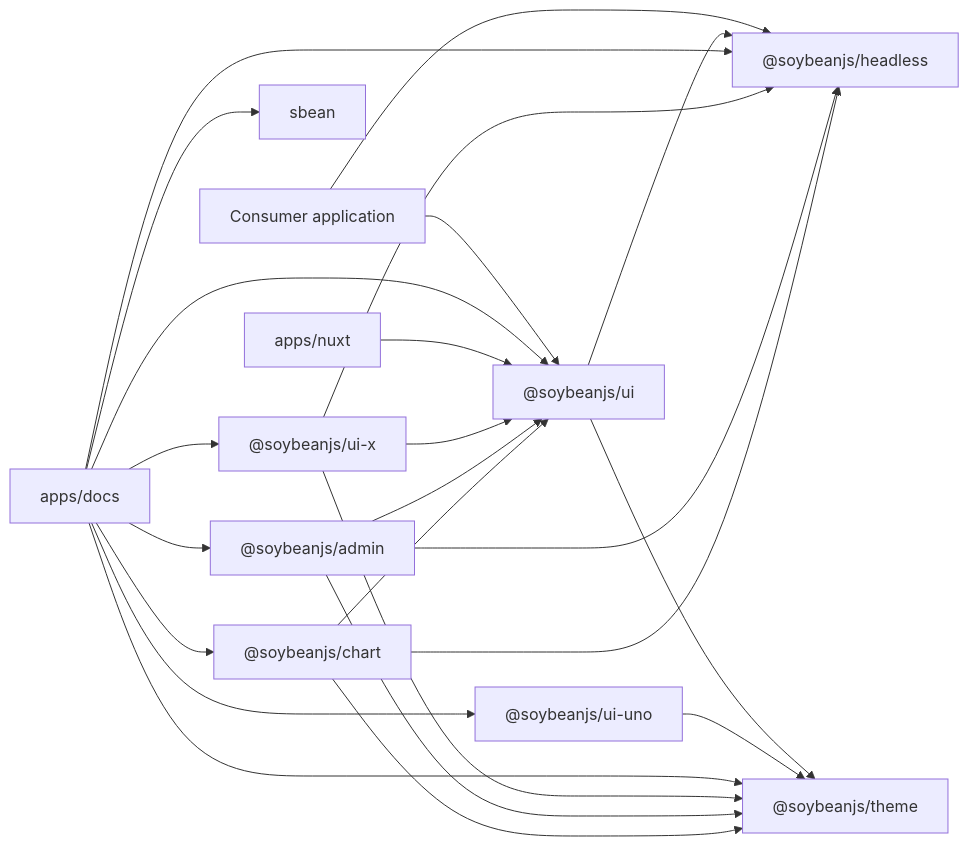
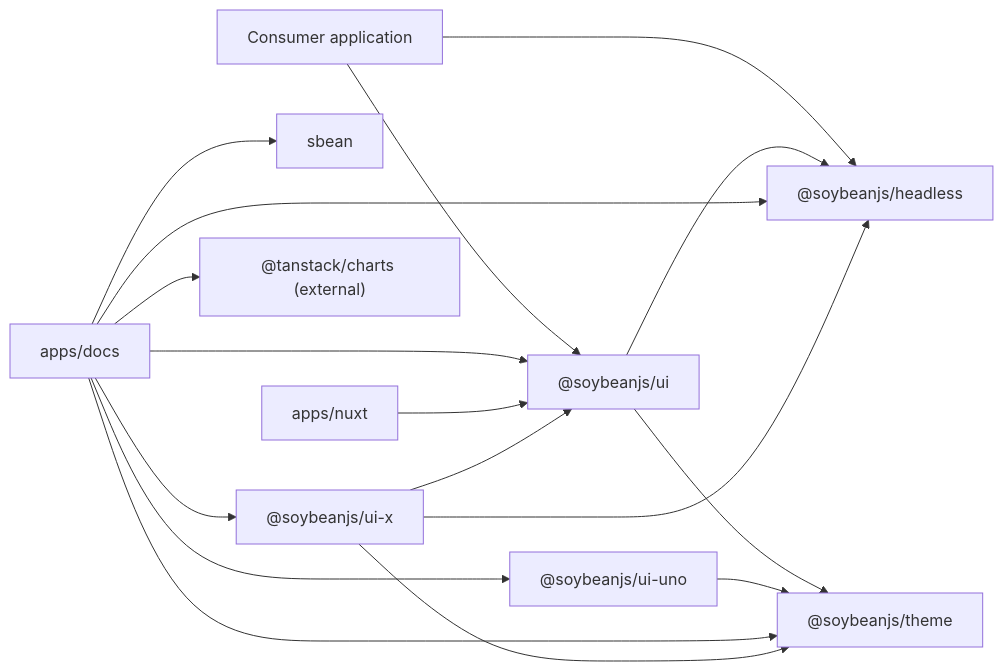
One commit to soybeanjs/soybean-ui changed the first of 3 diagrams in docs/architecture.md. Above: the diagram before and after it, drawn with Mermaid. The commit also changed other lines of this file and 123 other files, not shown here.

First line of the commit message:
refactor(repo): remove admin/chart packages and rebuild chart demos on TanStack Charts

````diff
--- a/docs/architecture.md
+++ b/docs/architecture.md
@@ -100,38 +101,30 @@
 ```mermaid
 flowchart LR
   Consumer[Consumer application]
   Headless["@soybeanjs/headless"]
   UI["@soybeanjs/ui"]
   Theme["@soybeanjs/theme"]
   Uno["@soybeanjs/ui-uno"]
   Sbean["sbean"]
   UiX["@soybeanjs/ui-x"]
-  Admin["@soybeanjs/admin"]
-  Chart["@soybeanjs/chart"]
+  TanStackCharts["@tanstack/charts (external)"]
   Docs["apps/docs"]
   Nuxt["apps/nuxt"]
 
   Consumer --> UI
   Consumer --> Headless
   UI --> Headless
   UI --> Theme
   Uno --> Theme
   Docs --> UI
   Docs --> Headless
   Docs --> Theme
   Docs --> Uno
   Docs --> UiX
-  Docs --> Admin
-  Docs --> Chart
   Docs --> Sbean
+  Docs --> TanStackCharts
   Nuxt --> UI
   UiX --> UI
   UiX --> Headless
   UiX --> Theme
-  Admin --> UI
-  Admin --> Headless
-  Admin --> Theme
-  Chart --> UI
-  Chart --> Headless
-  Chart --> Theme
 ```
````
